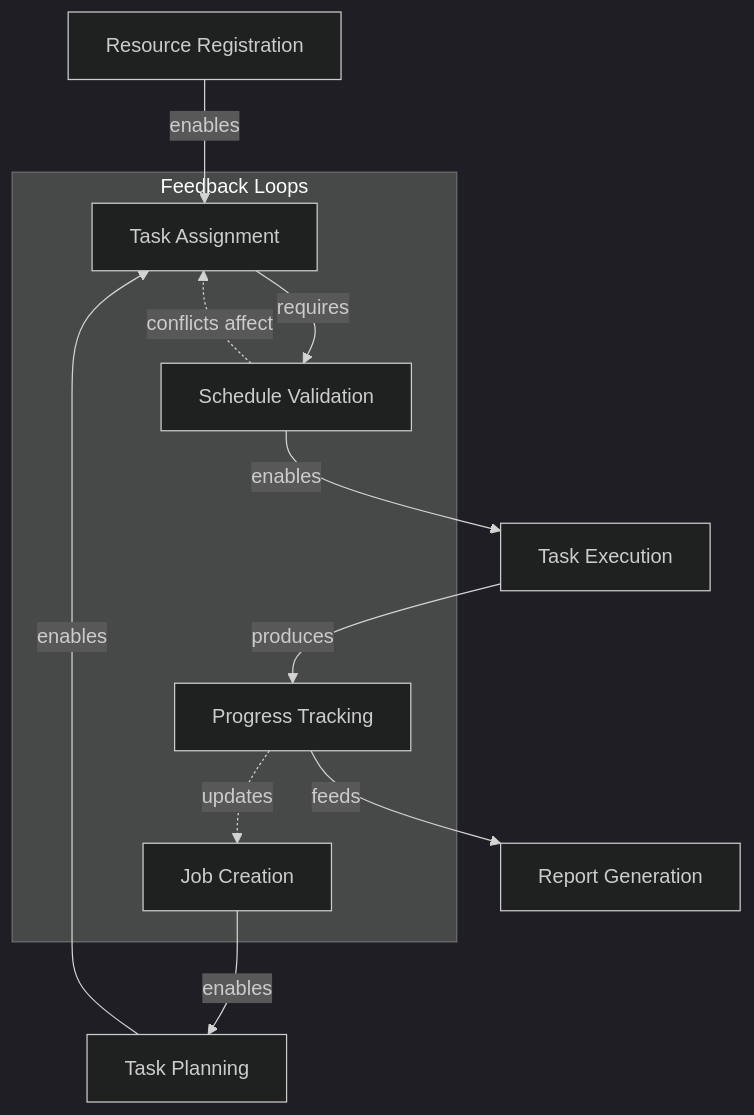
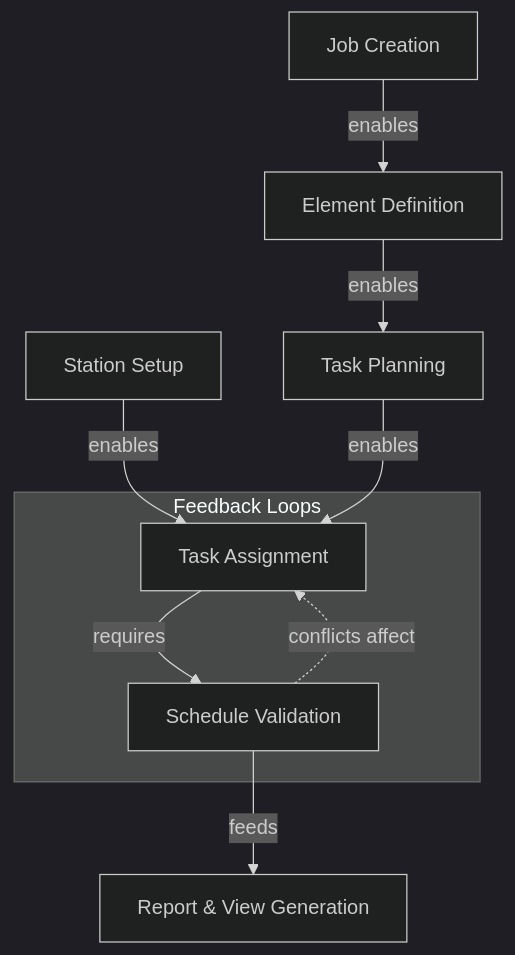
Before and after one commit to ikadar/ewlin: the seventh of 10 diagrams in docs/architecture/dependency-graphs.md, drawn with Mermaid (dark theme). The commit also changed other lines of this file and 539 other files, not shown here.

````diff
--- a/docs/architecture/dependency-graphs.md
+++ b/docs/architecture/dependency-graphs.md
@@ -285,24 +281,21 @@
 ```mermaid
 flowchart TD
-    RR[Resource Registration]
+    SS[Station Setup]
     JC[Job Creation]
+    ED[Element Definition]
     TP[Task Planning]
     TA[Task Assignment]
     SV[Schedule Validation]
-    TE[Task Execution]
-    PC[Progress Tracking]
-    RC[Report Generation]
+    RC[Report & View Generation]
 
-    RR -->|enables| TA
-    JC -->|enables| TP
+    SS -->|enables| TA
+    JC -->|enables| ED
+    ED -->|enables| TP
     TP -->|enables| TA
     TA -->|requires| SV
-    SV -->|enables| TE
-    TE -->|produces| PC
-    PC -->|feeds| RC
-    
+    SV -->|feeds| RC
+
     subgraph Feedback Loops
-        PC -.->|updates| JC
         SV -.->|conflicts affect| TA
     end
 ```
````
